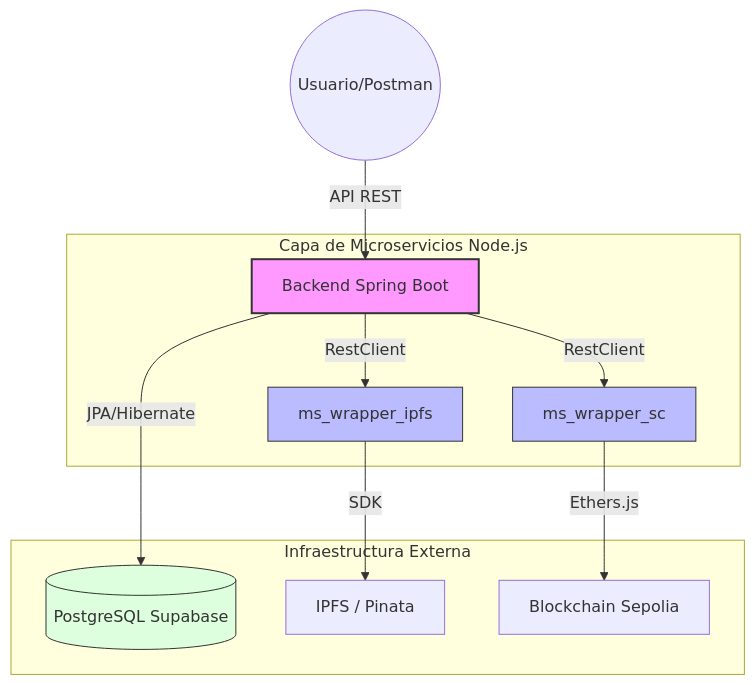
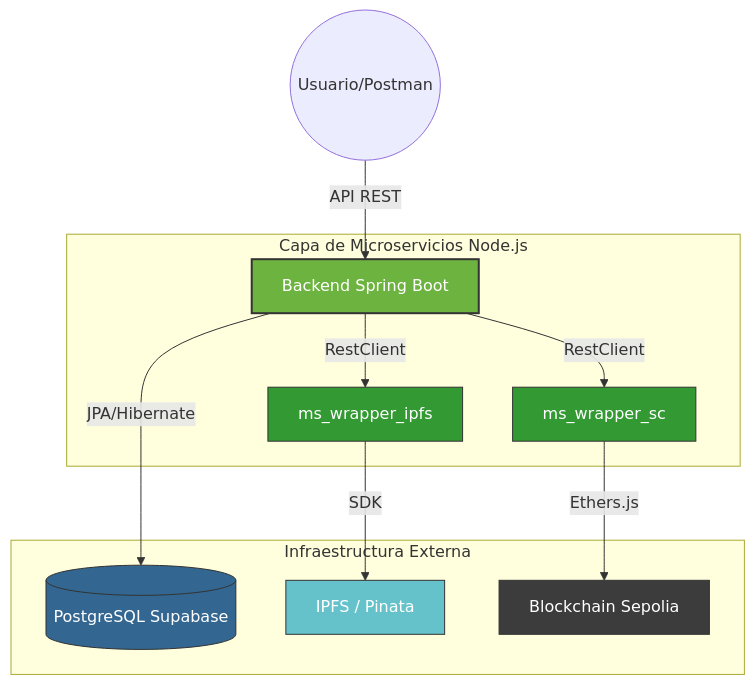
Before and after one commit to ivanramirez2/AutorizaMe-Web3-Delivery: the diagram in README.md, drawn with Mermaid. The commit also changed other lines of this file and 1 other file, not shown here.

Commit message:
AutorizaMe.sol añadido

````diff
--- a/README.md
+++ b/README.md
@@ -15,20 +15,23 @@
 ```mermaid
 graph TD
     User((Usuario/Postman)) -- API REST --> Spring[Backend Spring Boot]
     
     subgraph "Capa de Microservicios Node.js"
         Spring -- RestClient --> MS_IPFS[ms_wrapper_ipfs]
         Spring -- RestClient --> MS_SC[ms_wrapper_sc]
     end
 
     subgraph "Infraestructura Externa"
         Spring -- JPA/Hibernate --> DB[(PostgreSQL Supabase)]
         MS_IPFS -- SDK --> Pinata[IPFS / Pinata]
         MS_SC -- Ethers.js --> Blockchain[Blockchain Sepolia]
     end
 
-    style Spring fill:#f9f,stroke:#333,stroke-width:2px
-    style MS_IPFS fill:#bbf,stroke:#333,stroke-width:1px
-    style MS_SC fill:#bbf,stroke:#333,stroke-width:1px
-    style DB fill:#dfd,stroke:#333,stroke-width:1px
+    %% Colores mejorados para visibilidad
+    style Spring fill:#6DB33F,stroke:#333,stroke-width:2px,color:#fff
+    style MS_IPFS fill:#339933,stroke:#333,stroke-width:1px,color:#fff
+    style MS_SC fill:#339933,stroke:#333,stroke-width:1px,color:#fff
+    style DB fill:#336791,stroke:#333,stroke-width:1px,color:#fff
+    style Pinata fill:#65C2CB,stroke:#333,stroke-width:1px,color:#fff
+    style Blockchain fill:#3C3C3D,stroke:#333,stroke-width:1px,color:#fff
 ```
````
